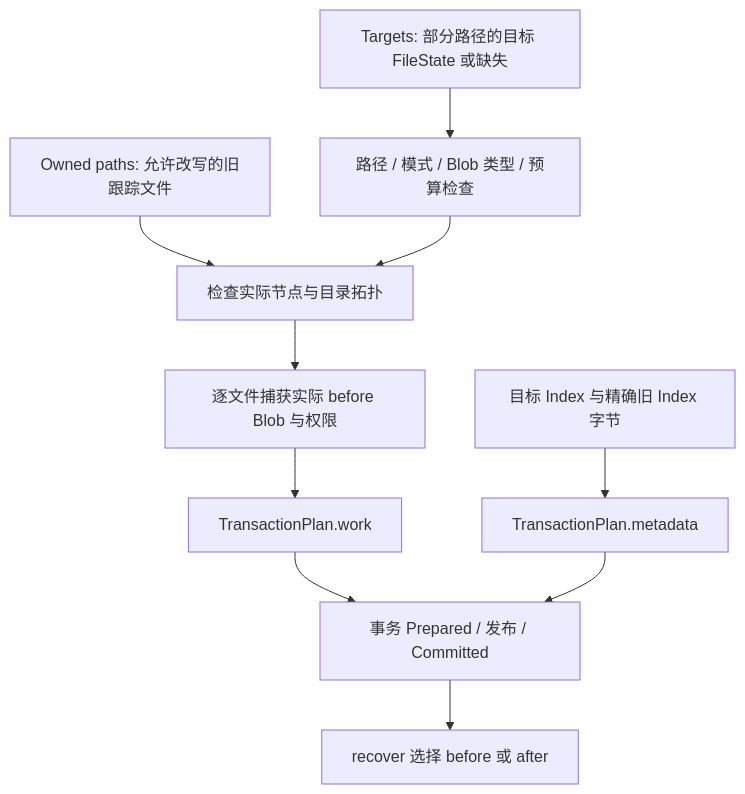
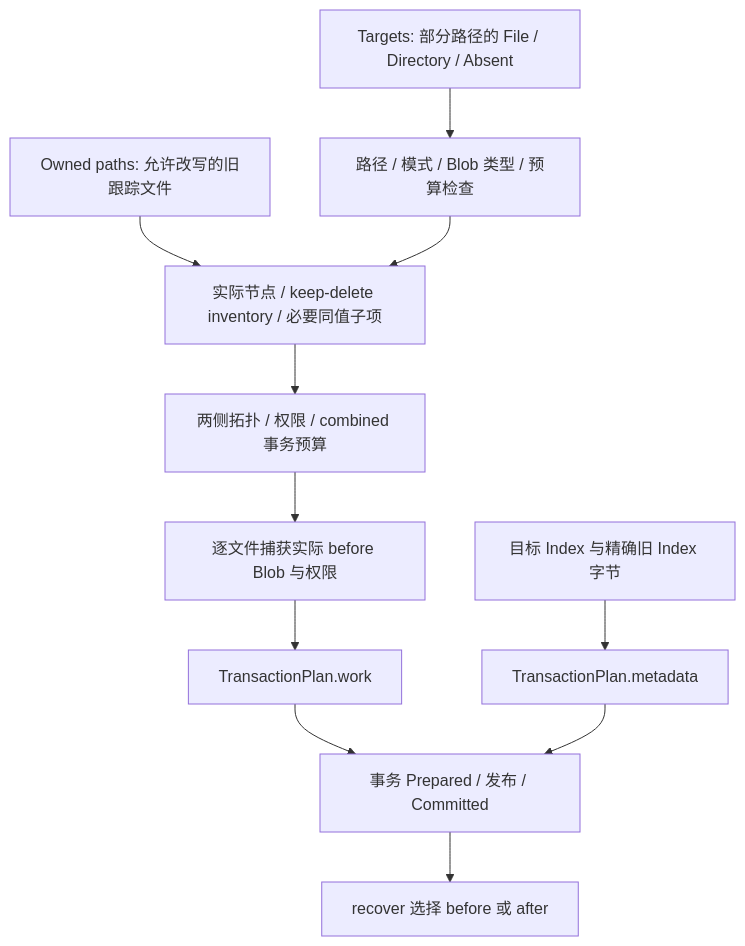
One commit to Always1010/MiniGit changed diagram 11 of 13 in docs/architecture.md. Above: the diagram before and after it, drawn with Mermaid. The commit also changed other lines of this file and 12 other files, not shown here.

````diff
--- a/docs/architecture.md
+++ b/docs/architecture.md
@@ -388,12 +388,13 @@
 ```mermaid
 flowchart TD
-    T[Targets: 部分路径的目标 FileState 或缺失] --> V[路径 / 模式 / Blob 类型 / 预算检查]
-    O[Owned paths: 允许改写的旧跟踪文件] --> P[检查实际节点与目录拓扑]
+    T[Targets: 部分路径的 File / Directory / Absent] --> V[路径 / 模式 / Blob 类型 / 预算检查]
+    O[Owned paths: 允许改写的旧跟踪文件] --> P[实际节点 / keep-delete inventory / 必要同值子项]
     V --> P
-    P --> C[逐文件捕获实际 before Blob 与权限]
+    P --> B[两侧拓扑 / 权限 / combined 事务预算]
+    B --> C[逐文件捕获实际 before Blob 与权限]
     C --> W[TransactionPlan.work]
     I[目标 Index 与精确旧 Index 字节] --> M[TransactionPlan.metadata]
     W --> X[事务 Prepared / 发布 / Committed]
     M --> X
     X --> R[recover 选择 before 或 after]
 ```
````
